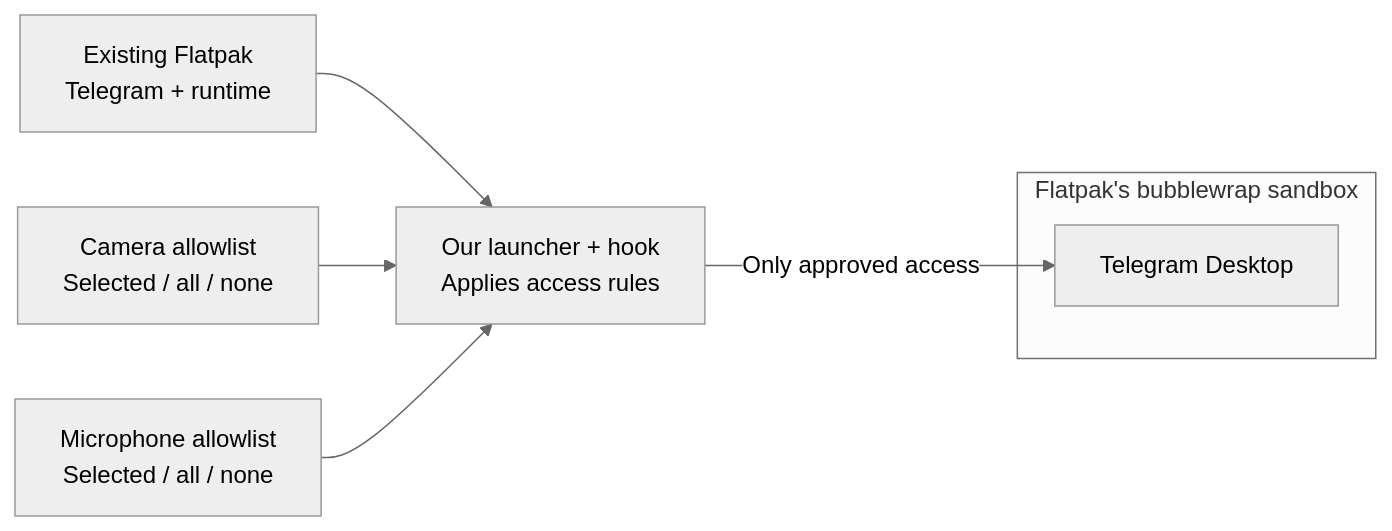
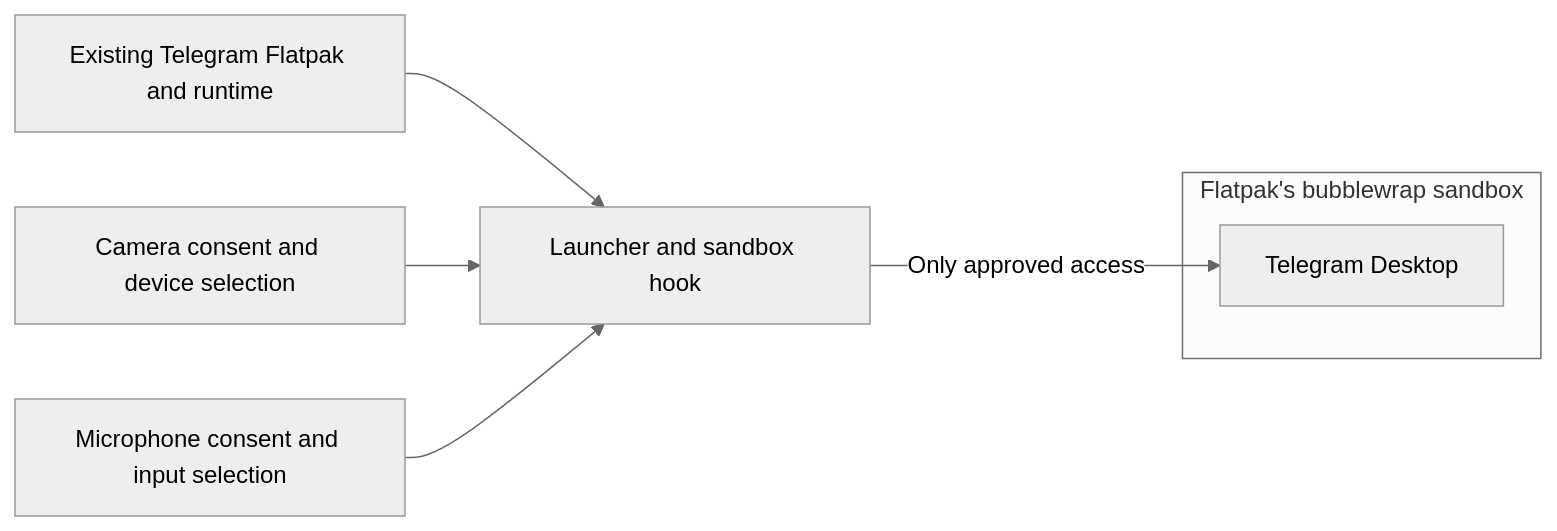
Before and after one commit to emilfihlman/telegram-flatpak-secure: the diagram in README.md, drawn with Mermaid (neutral theme). The commit also changed other lines of this file and 20 other files, not shown here.

First line of the commit message:
Require native consent for microphone and camera access

````diff
--- a/README.md
+++ b/README.md
@@ -7,14 +7,14 @@
 ```mermaid
 flowchart LR
-	installed["Existing Flatpak<br/>Telegram + runtime"]
-	wrapper["Our launcher + hook<br/>Applies access rules"]
-	cameras["Camera allowlist<br/>Selected / all / none"]
-	audio["Microphone allowlist<br/>Selected / all / none"]
+	installed["Existing Telegram Flatpak and runtime"]
+	wrapper["Launcher and sandbox hook"]
+	cameras["Camera consent and device selection"]
+	audio["Microphone consent and input selection"]
 	subgraph sandbox["Flatpak's bubblewrap sandbox"]
 		telegram["Telegram Desktop"]
 	end
 	installed --> wrapper
 	cameras --> wrapper
 	audio --> wrapper
 	wrapper -->|Only approved access| telegram
 ```
````
